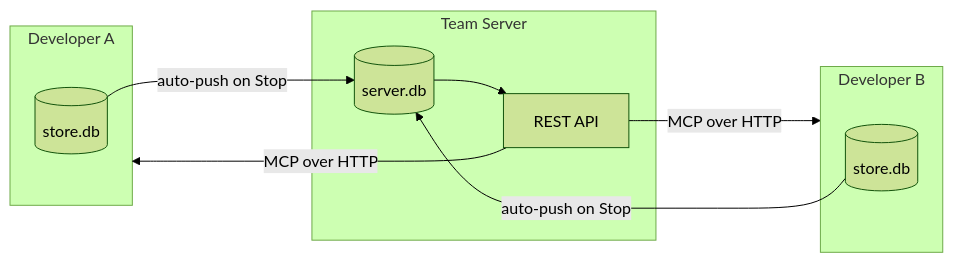
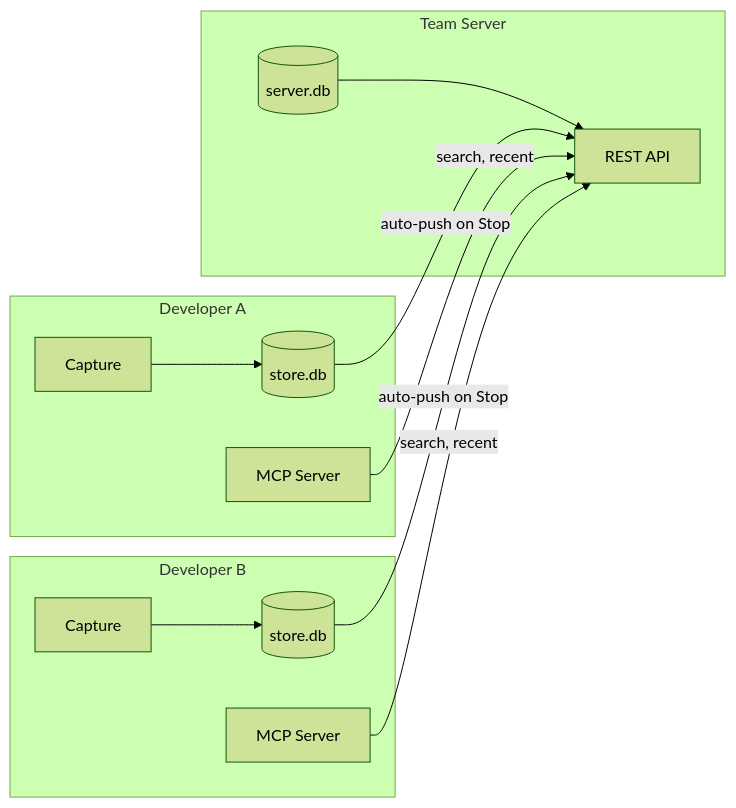
The third of 3 diagrams in docs/architecture/overview.md (sabre-ai/hive), drawn with Mermaid (forest theme) before and after one commit. The commit also changed other lines of this file and 2 other files, not shown here.

````diff
--- a/docs/architecture/overview.md
+++ b/docs/architecture/overview.md
@@ -40,18 +61,18 @@
 ```mermaid
 flowchart LR
     subgraph DevA[Developer A]
-        SA[(store.db)]
+        CA_A[Capture] --> DB_A[(store.db)]
+        MCP_A[MCP Server]
     end
     subgraph DevB[Developer B]
-        SB[(store.db)]
+        CA_B[Capture] --> DB_B[(store.db)]
+        MCP_B[MCP Server]
     end
     subgraph Server[Team Server]
-        SRV[(server.db)]
-        API[REST API]
+        SRV[(server.db)] --> API[REST API]
     end
-    SA -->|auto-push on Stop| SRV
-    SB -->|auto-push on Stop| SRV
-    SRV --> API
-    API -->|MCP over HTTP| DevA
-    API -->|MCP over HTTP| DevB
+    DB_A -->|auto-push on Stop| API
+    DB_B -->|auto-push on Stop| API
+    MCP_A -->|search, recent| API
+    MCP_B -->|search, recent| API
 ```
````
